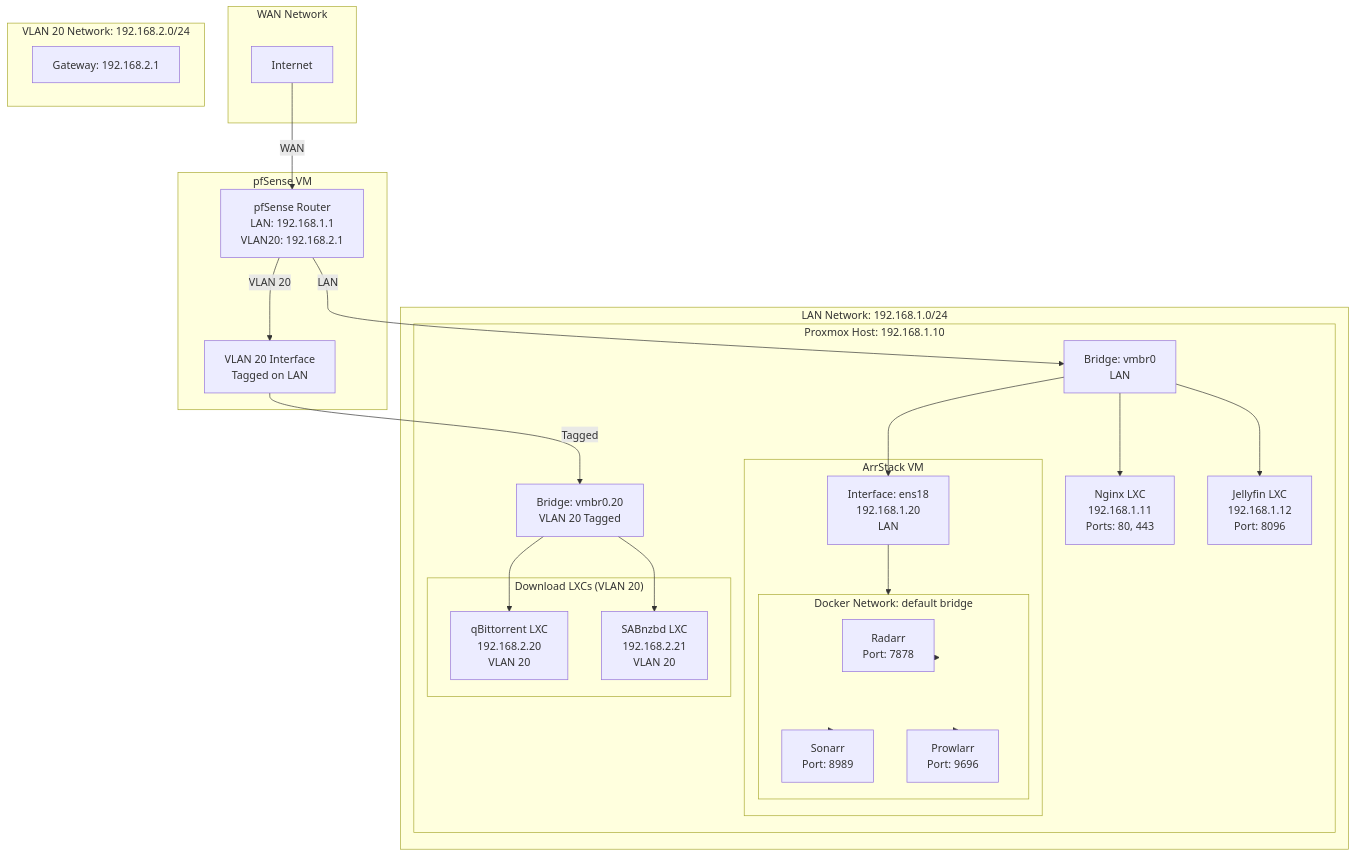
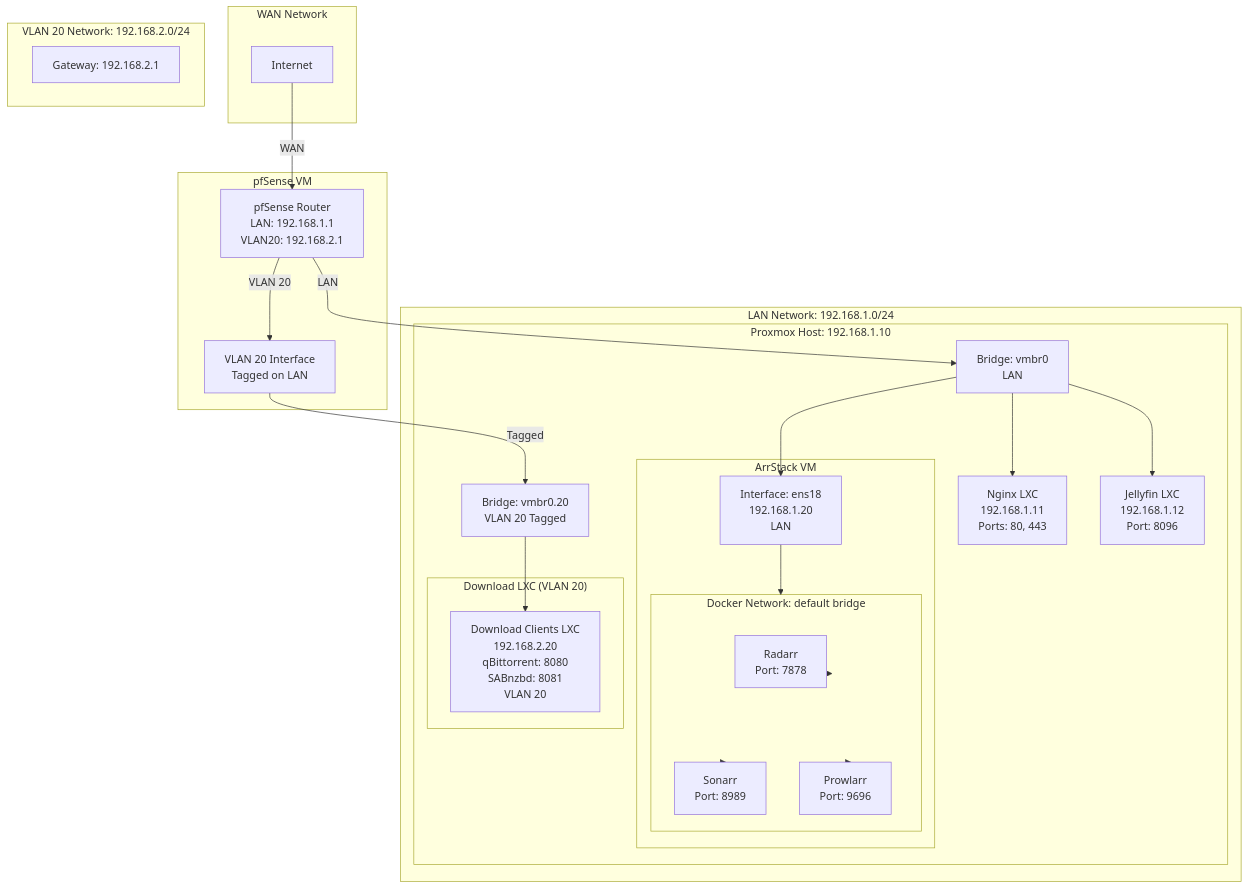
One commit to RoqueO/knowledge-server changed the first of 2 diagrams in proxmox/networking.md. Above: the diagram before and after it, drawn with Mermaid. The commit also changed other lines of this file and 4 other files, not shown here.

````diff
--- a/proxmox/networking.md
+++ b/proxmox/networking.md
@@ -7,60 +7,58 @@
 ```mermaid
 graph TB
     Internet[Internet]
     
     subgraph WAN["WAN Network"]
         Internet
     end
     
     subgraph pfSenseVM["pfSense VM"]
         pfSense[pfSense Router<br/>LAN: 192.168.1.1<br/>VLAN20: 192.168.2.1]
         VLAN20_IF[VLAN 20 Interface<br/>Tagged on LAN]
     end
     
     subgraph LAN["LAN Network: 192.168.1.0/24"]
         subgraph Proxmox["Proxmox Host: 192.168.1.10"]
             vmbr0[Bridge: vmbr0<br/>LAN]
             vmbr0_20[Bridge: vmbr0.20<br/>VLAN 20 Tagged]
             
             NginxLXC[Nginx LXC<br/>192.168.1.11<br/>Ports: 80, 443]
             JellyfinLXC[Jellyfin LXC<br/>192.168.1.12<br/>Port: 8096]
             
             subgraph ArrStackVM["ArrStack VM"]
                 IF1[Interface: ens18<br/>192.168.1.20<br/>LAN]
                 
                 subgraph DockerNetLAN["Docker Network: default bridge"]
                     Radarr[Radarr<br/>Port: 7878]
                     Sonarr[Sonarr<br/>Port: 8989]
                     Prowlarr[Prowlarr<br/>Port: 9696]
                 end
             end
 
-            subgraph DownloadLXC["Download LXCs (VLAN 20)"]
-                 qBitLXC[qBittorrent LXC<br/>192.168.2.20<br/>VLAN 20]
-                 SABLXC[SABnzbd LXC<br/>192.168.2.21<br/>VLAN 20]
+            subgraph DownloadLXC["Download LXC (VLAN 20)"]
+                 DownloadLXC_Container[Download Clients LXC<br/>192.168.2.20<br/>qBittorrent: 8080<br/>SABnzbd: 8081<br/>VLAN 20]
             end
         end
     end
     
     subgraph VLAN20["VLAN 20 Network: 192.168.2.0/24"]
         VLAN20_GW[Gateway: 192.168.2.1]
     end
     
     Internet -->|WAN| pfSense
     pfSense -->|LAN| vmbr0
     pfSense -->|VLAN 20| VLAN20_IF
     VLAN20_IF -->|Tagged| vmbr0_20
     
     vmbr0 --> NginxLXC
     vmbr0 --> JellyfinLXC
     vmbr0 --> IF1
     
-    vmbr0_20 --> qBitLXC
-    vmbr0_20 --> SABLXC
+    vmbr0_20 --> DownloadLXC_Container
     
     IF1 --> DockerNetLAN
     
     DockerNetLAN --> Radarr
     DockerNetLAN --> Sonarr
     DockerNetLAN --> Prowlarr
 ```
````
